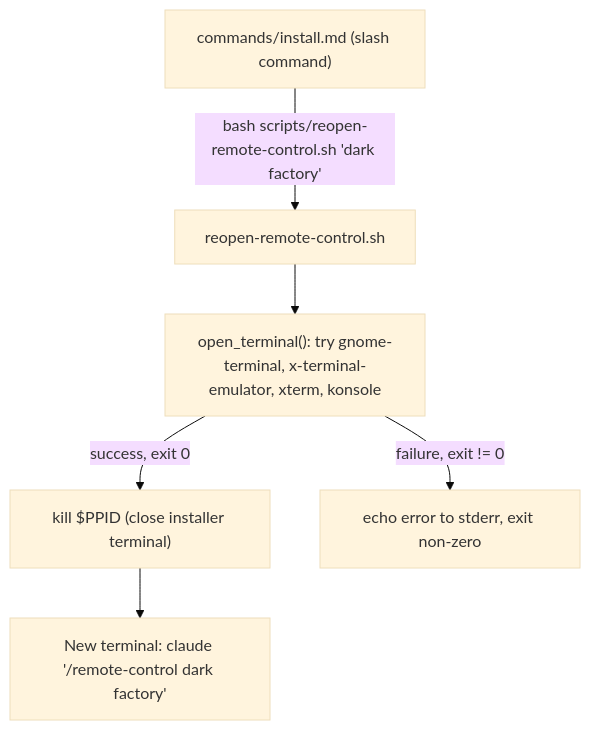
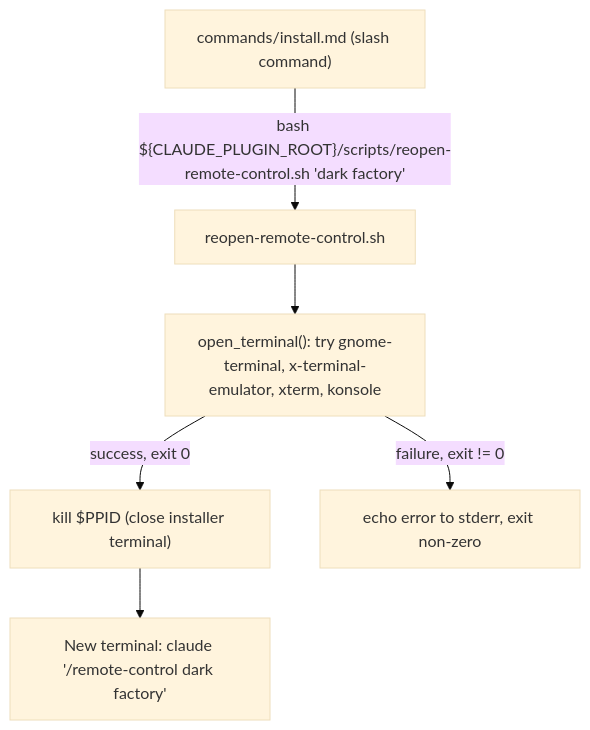
One commit to lewibs/dark-factory changed the diagram in docs/docs/reopen-remote-control.md. Above: the diagram before and after it, drawn with Mermaid (base theme). The commit also changed other lines of this file and 22 other files, not shown here.

First line of the commit message:
feat(plugin): bundle scripts with plugin using CLAUDE_PLUGIN_ROOT

````diff
--- a/docs/docs/reopen-remote-control.md
+++ b/docs/docs/reopen-remote-control.md
@@ -17,8 +17,8 @@
 ```mermaid
 flowchart TD
-  Install["commands/install.md (slash command)"] -->|"bash scripts/reopen-remote-control.sh 'dark factory'"| Script["reopen-remote-control.sh"]
+  Install["commands/install.md (slash command)"] -->|"bash ${CLAUDE_PLUGIN_ROOT}/scripts/reopen-remote-control.sh 'dark factory'"| Script["reopen-remote-control.sh"]
   Script --> OpenTerminal["open_terminal(): try gnome-terminal, x-terminal-emulator, xterm, konsole"]
   OpenTerminal -->|success, exit 0| KillPPID["kill $PPID (close installer terminal)"]
   OpenTerminal -->|failure, exit != 0| Error["echo error to stderr, exit non-zero"]
   KillPPID --> NewSession["New terminal: claude '/remote-control dark factory'"]
 ```
````
